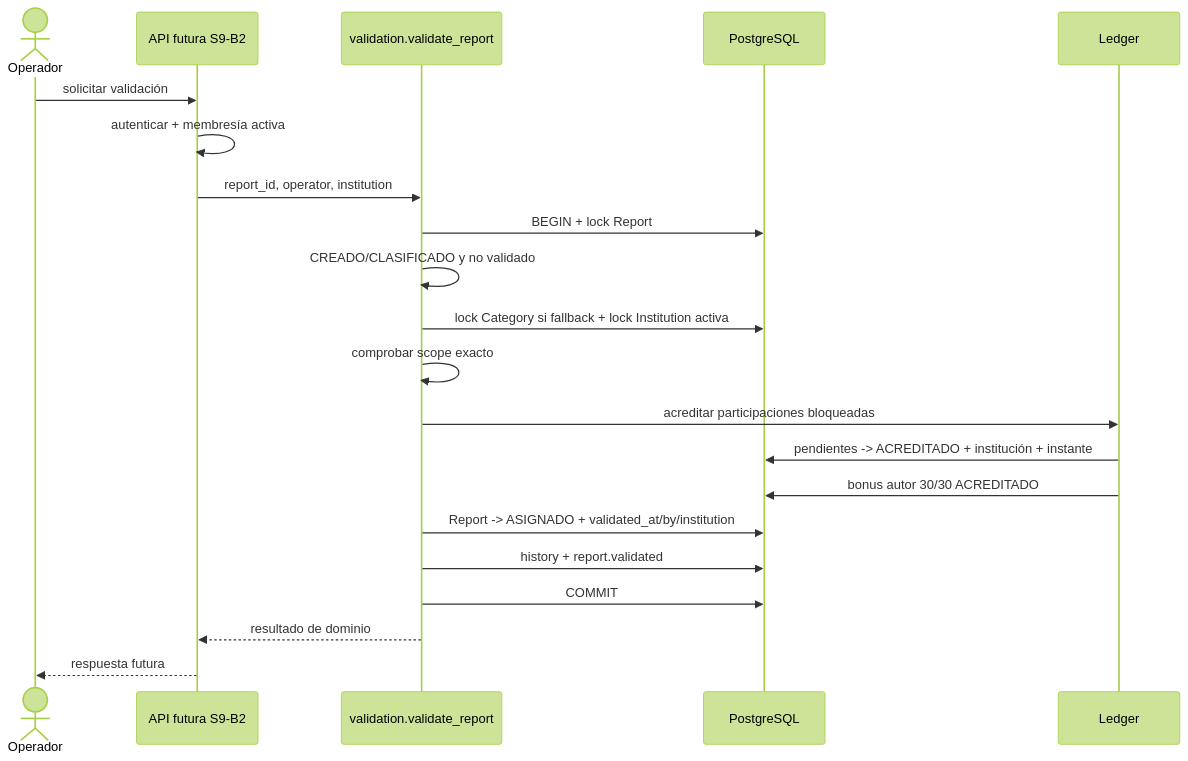
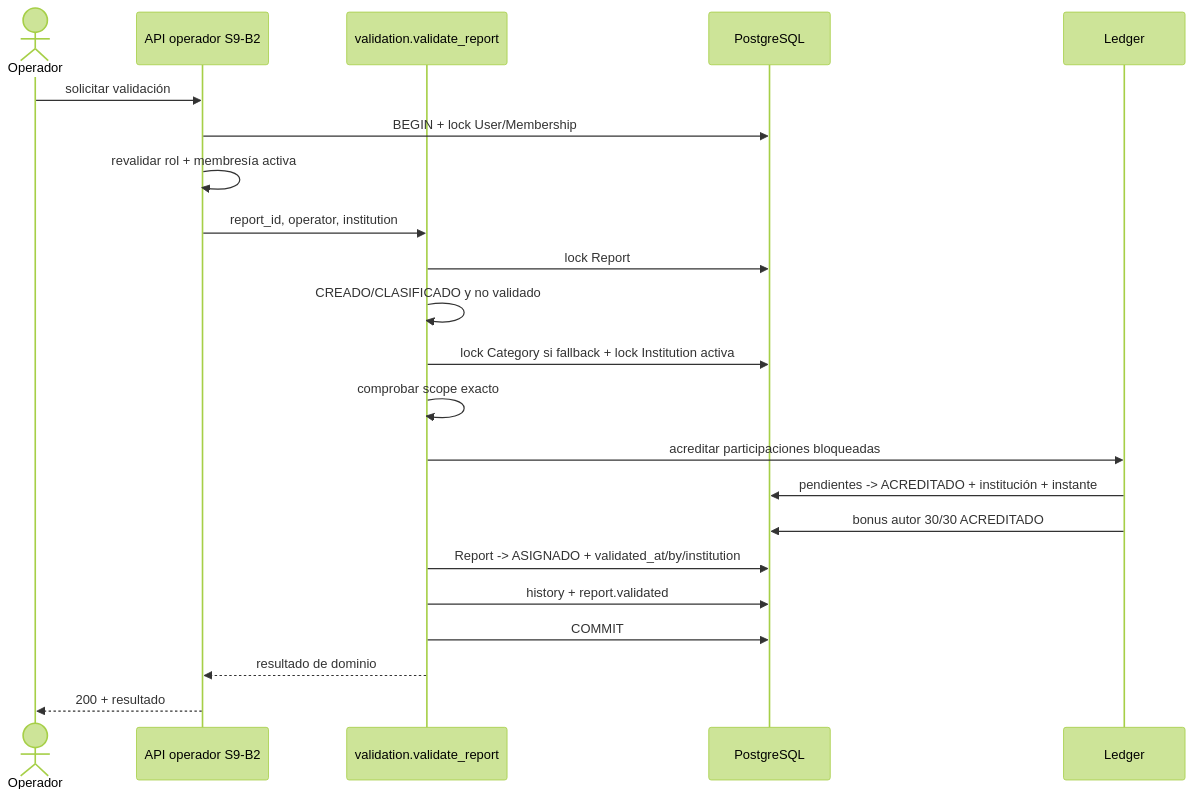
One commit to MontyPohl/ciudadania-activa changed diagram 11 of 16 in docs/tesis/ACTUALIZACION_DOCUMENTO_TESIS.md. Above: the diagram before and after it, drawn with Mermaid (forest theme). The commit also changed other lines of this file and 3 other files, not shown here.

````diff
--- a/docs/tesis/ACTUALIZACION_DOCUMENTO_TESIS.md
+++ b/docs/tesis/ACTUALIZACION_DOCUMENTO_TESIS.md
@@ -1494,24 +1518,25 @@
 ```mermaid
 sequenceDiagram
     actor O as Operador
-    participant A as API futura S9-B2
+    participant A as API operador S9-B2
     participant V as validation.validate_report
     participant D as PostgreSQL
     participant L as Ledger
 
     O->>A: solicitar validación
-    A->>A: autenticar + membresía activa
+    A->>D: BEGIN + lock User/Membership
+    A->>A: revalidar rol + membresía activa
     A->>V: report_id, operator, institution
-    V->>D: BEGIN + lock Report
+    V->>D: lock Report
     V->>V: CREADO/CLASIFICADO y no validado
     V->>D: lock Category si fallback + lock Institution activa
     V->>V: comprobar scope exacto
     V->>L: acreditar participaciones bloqueadas
     L->>D: pendientes -> ACREDITADO + institución + instante
     L->>D: bonus autor 30/30 ACREDITADO
     V->>D: Report -> ASIGNADO + validated_at/by/institution
     V->>D: history + report.validated
     V->>D: COMMIT
     V-->>A: resultado de dominio
-    A-->>O: respuesta futura
+    A-->>O: 200 + resultado
 ```
````
